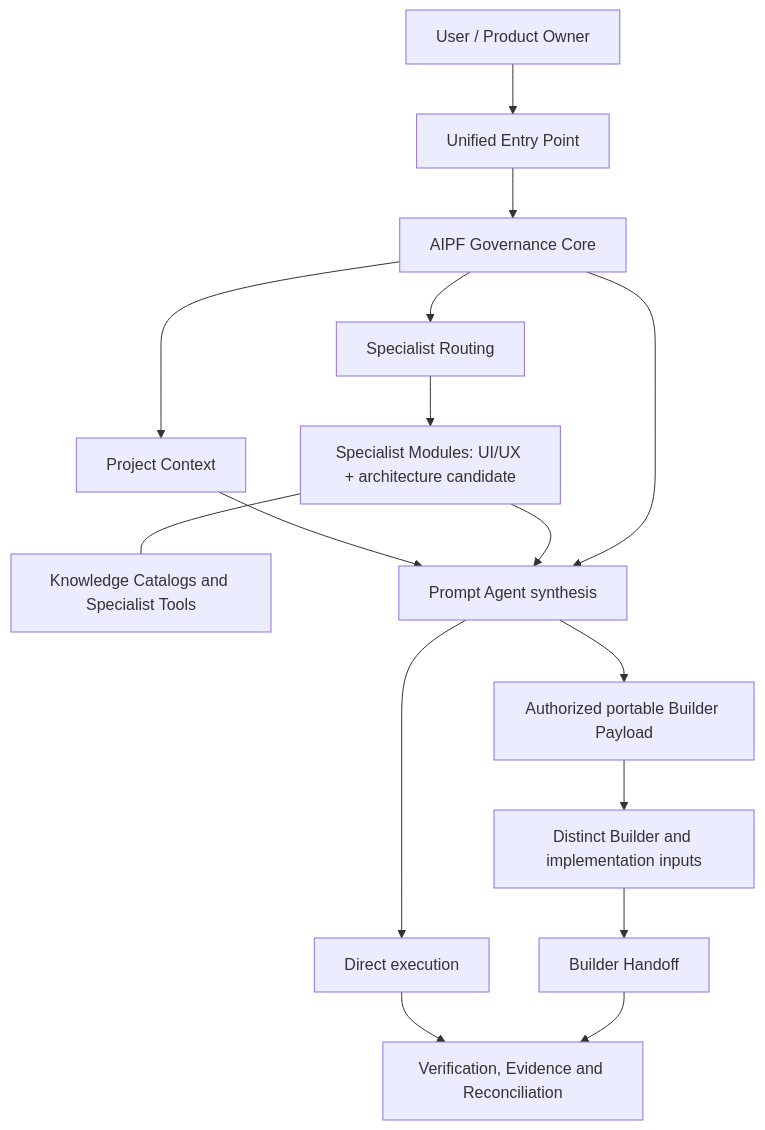
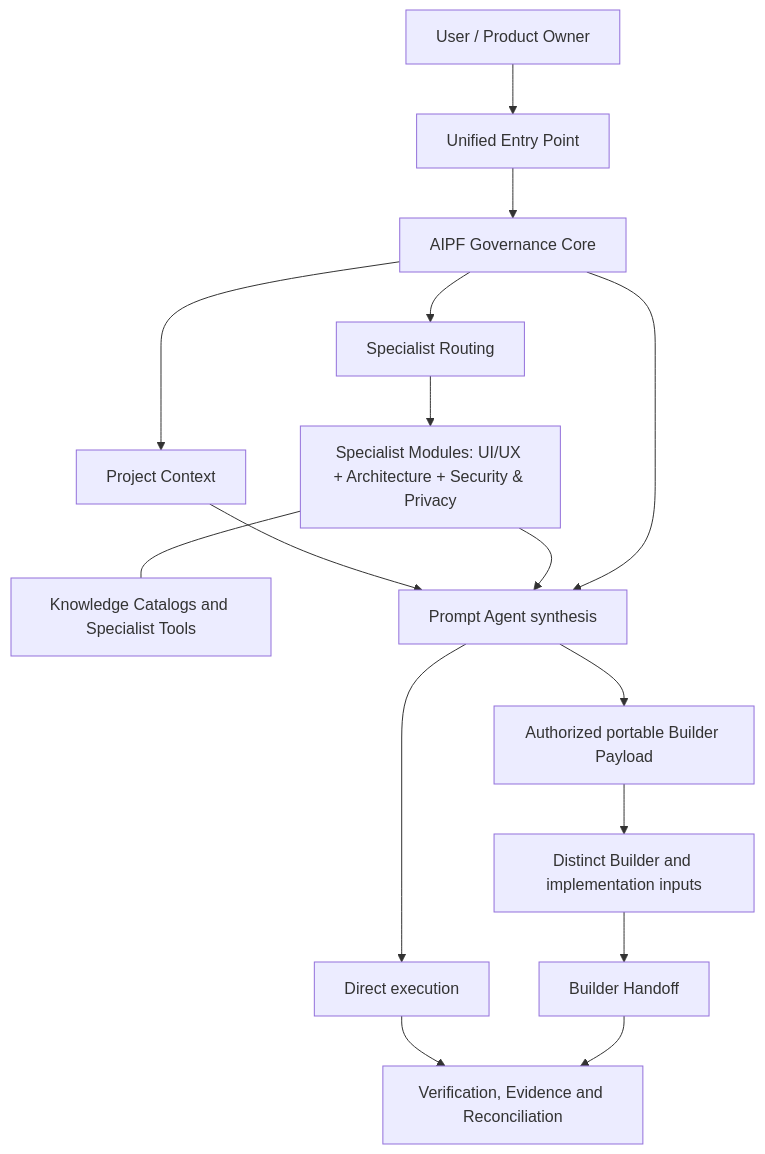
One commit to S-Pillow/praxis changed the diagram in docs/ARCHITECTURE.md. Above: the diagram before and after it, drawn with Mermaid. The commit also changed other lines of this file and 16 other files, not shown here.

````diff
--- a/docs/ARCHITECTURE.md
+++ b/docs/ARCHITECTURE.md
@@ -7,18 +7,18 @@
 ```mermaid
 flowchart TD
   U[User / Product Owner] --> E[Unified Entry Point]
   E --> G[AIPF Governance Core]
   G --> C[Project Context]
   G --> R[Specialist Routing]
-  R --> S[Specialist Modules: UI/UX + architecture candidate]
+  R --> S[Specialist Modules: UI/UX + Architecture + Security & Privacy]
   S --- K[Knowledge Catalogs and Specialist Tools]
   C --> P[Prompt Agent synthesis]
   S --> P
   G --> P
   P --> X[Direct execution]
   P --> B[Authorized portable Builder Payload]
   B --> D[Distinct Builder and implementation inputs]
   D --> H[Builder Handoff]
   X --> V[Verification, Evidence and Reconciliation]
   H --> V
 ```
````
